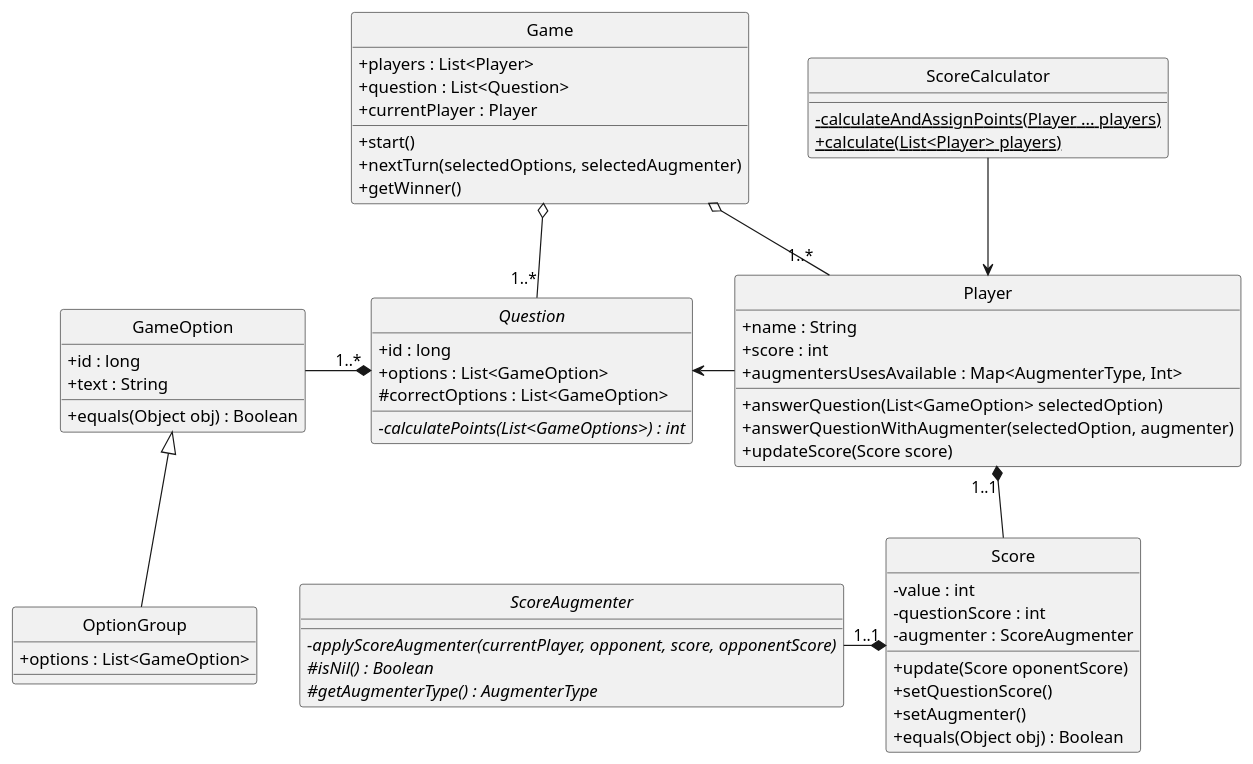
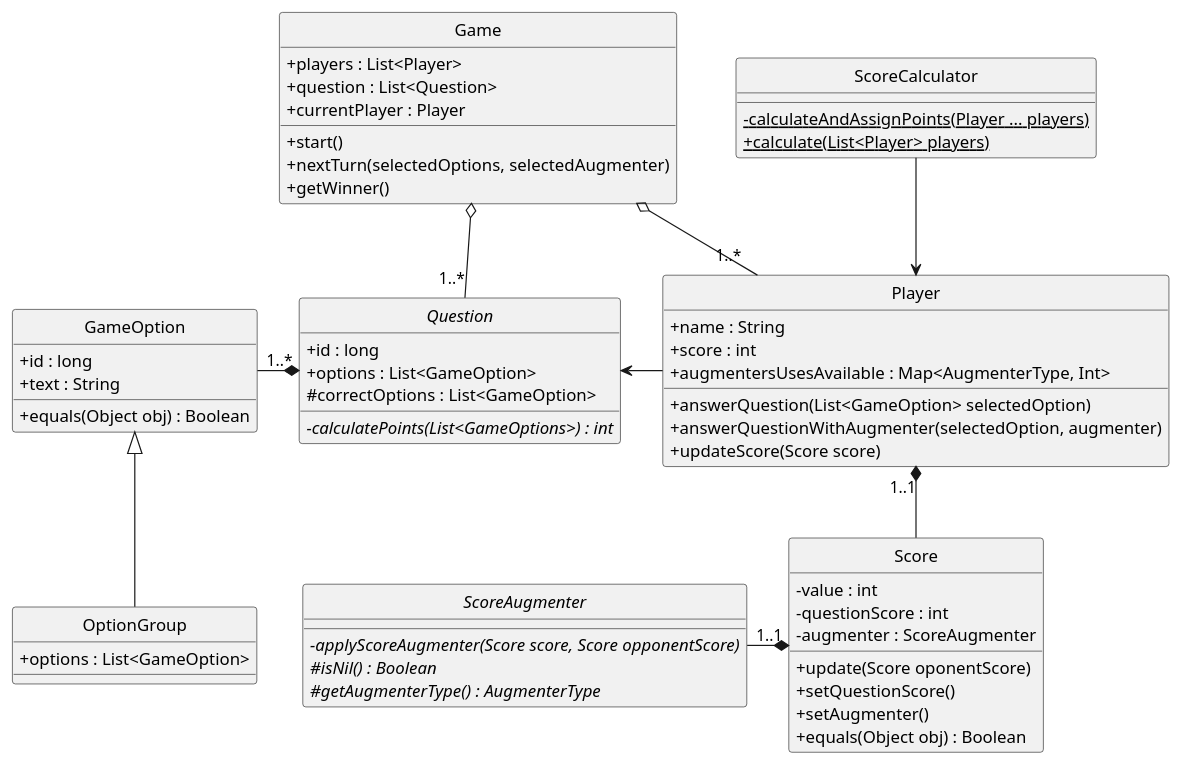
The diagram in docs/diagramaClases-Principal-TP2.plantuml (diegosanchez/TP2-Kahoot), drawn with PlantUML before and after one commit. The commit also changed 11 other files, not shown here.

Commit message:
Corrección de diagramas

```diff
--- a/docs/diagramaClases-Principal-TP2.plantuml
+++ b/docs/diagramaClases-Principal-TP2.plantuml
@@ -1,75 +1,75 @@
 @startuml DiagramaUML-Clases-TP2
 hide circle
 skinparam classAttributeIconSize 0
 
 abstract Question{
     + id : long
     + options : List<GameOption>
     # correctOptions : List<GameOption>
     - {abstract}calculatePoints(List<GameOptions>) : int
 }
 
 class GameOption{
     + id : long
 	+ text : String
     + equals(Object obj) : Boolean
 }
 
 class OptionGroup{
     + options : List<GameOption>
 }
 
 class Score{
     - value : int
 	- questionScore : int
 	- augmenter : ScoreAugmenter
     + update(Score oponentScore)
     + setQuestionScore()
     + setAugmenter()
     + equals(Object obj) : Boolean
 }
 
 class Game{
     + players : List<Player>
 	+ question : List<Question>
 	+ currentPlayer : Player
     + start()
     + nextTurn(selectedOptions, selectedAugmenter)
     + getWinner()
 }
 
 class ScoreCalculator{
     - {static} calculateAndAssignPoints(Player ... players)
 	+ {static} calculate(List<Player> players)
 }
 
 class Player{
     + name : String
 	+ score : int
 	+ augmentersUsesAvailable : Map<AugmenterType, Int>
     + answerQuestion(List<GameOption> selectedOption)
     + answerQuestionWithAugmenter(selectedOption, augmenter)
     + updateScore(Score score)
 }
 
 abstract ScoreAugmenter{
-    - {abstract}applyScoreAugmenter(currentPlayer, opponent, score, opponentScore)
+    - {abstract}applyScoreAugmenter(Score score, Score opponentScore)
     # {abstract}isNil() : Boolean
     # {abstract}getAugmenterType() : AugmenterType
 }
 
 
 Game  o--"1..*"  Question
 Game o--"1..*"  Player
 
 Score "1..1"*--left ScoreAugmenter
 ScoreCalculator --> Player
 
 Player --left> Question
 
 Player "1..1"*-- Score
 
 Question "1..*"*--left GameOption
 OptionGroup --up|> GameOption
 
 @enduml
```
